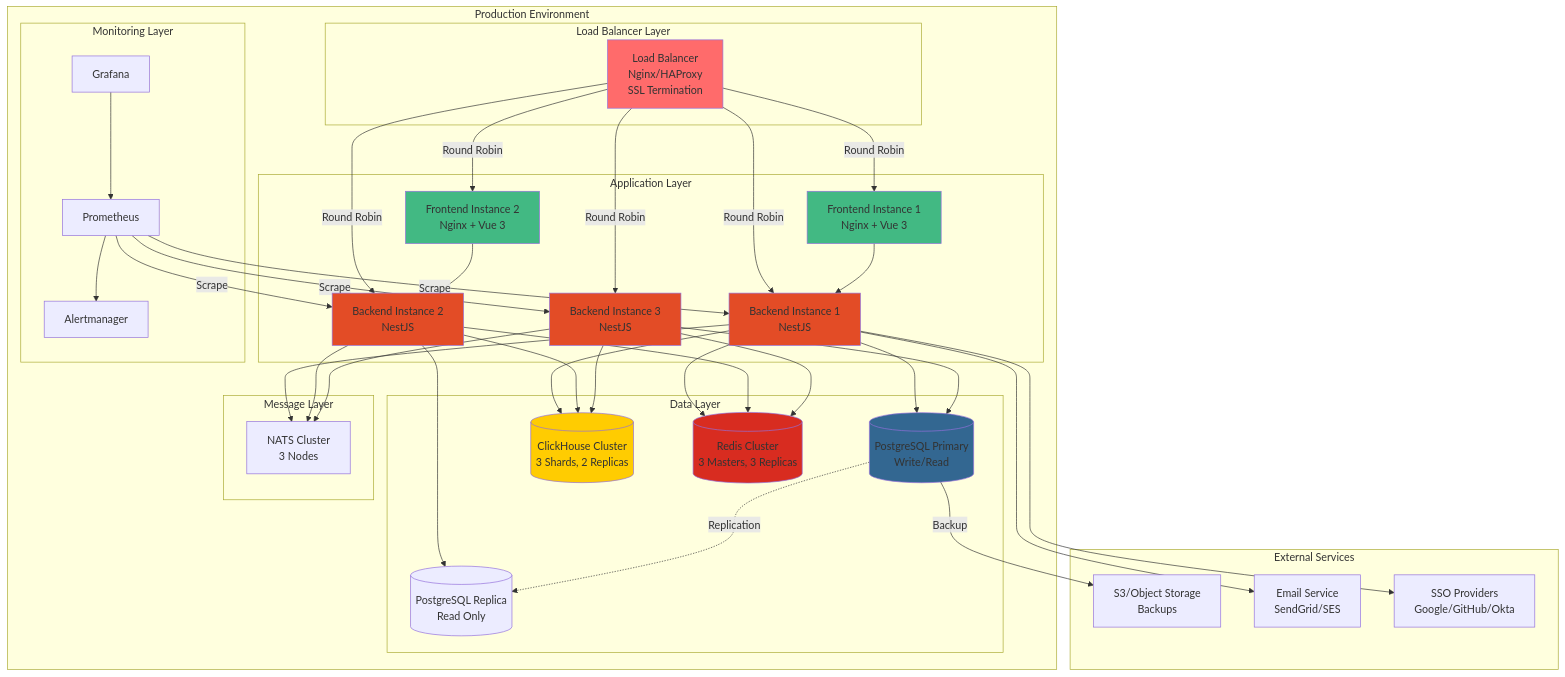
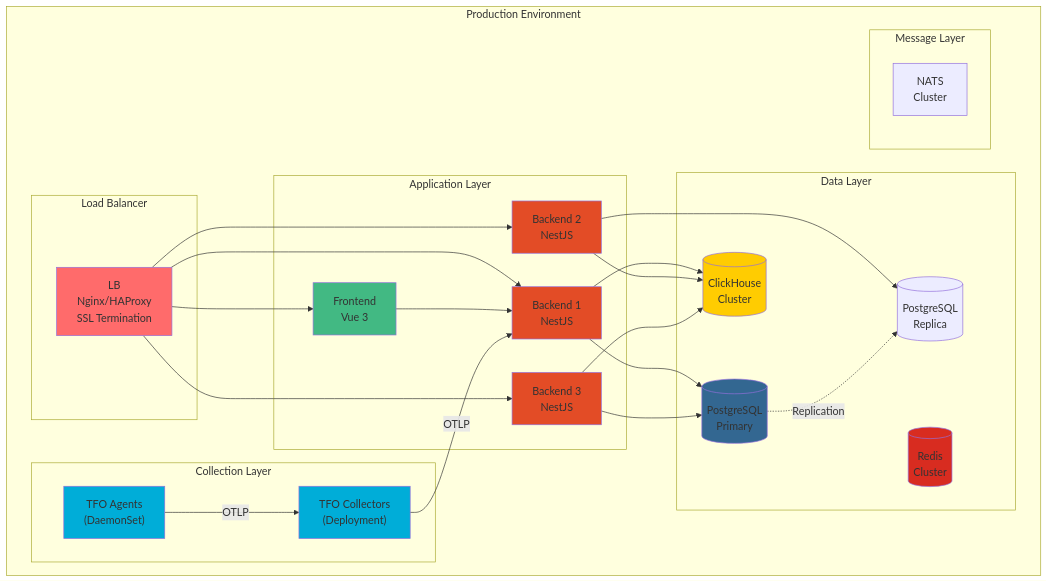
Before and after one commit to telemetryflow/telemetryflow-overview: diagram 11 of 12 in README.md, drawn with Mermaid. The commit also changed other lines of this file and 68 other files, not shown here.

````diff
--- a/README.md
+++ b/README.md
@@ -679,86 +693,57 @@
 ```mermaid
 graph TB
     subgraph "Production Environment"
-        subgraph "Load Balancer Layer"
-            LB[Load Balancer<br/>Nginx/HAProxy<br/>SSL Termination]
+        subgraph "Load Balancer"
+            LB[LB<br/>Nginx/HAProxy<br/>SSL Termination]
         end
 
         subgraph "Application Layer"
-            FE1[Frontend Instance 1<br/>Nginx + Vue 3]
-            FE2[Frontend Instance 2<br/>Nginx + Vue 3]
-            API1[Backend Instance 1<br/>NestJS]
-            API2[Backend Instance 2<br/>NestJS]
-            API3[Backend Instance 3<br/>NestJS]
+            FE1[Frontend<br/>Vue 3]
+            API1[Backend 1<br/>NestJS]
+            API2[Backend 2<br/>NestJS]
+            API3[Backend 3<br/>NestJS]
         end
 
         subgraph "Data Layer"
-            PG_PRIMARY[(PostgreSQL Primary<br/>Write/Read)]
-            PG_REPLICA[(PostgreSQL Replica<br/>Read Only)]
-            CH_CLUSTER[(ClickHouse Cluster<br/>3 Shards, 2 Replicas)]
-            REDIS_CLUSTER[(Redis Cluster<br/>3 Masters, 3 Replicas)]
+            PG_PRIMARY[(PostgreSQL<br/>Primary)]
+            PG_REPLICA[(PostgreSQL<br/>Replica)]
+            CH_CLUSTER[(ClickHouse<br/>Cluster)]
+            REDIS_CLUSTER[(Redis<br/>Cluster)]
+        end
+
+        subgraph "Collection Layer"
+            AGENTS["TFO Agents<br/>(DaemonSet)"]
+            COLLECTORS["TFO Collectors<br/>(Deployment)"]
         end
 
         subgraph "Message Layer"
-            NATS_CLUSTER[NATS Cluster<br/>3 Nodes]
-        end
-
-        subgraph "Monitoring Layer"
-            PROM[Prometheus]
-            GRAF[Grafana]
-            ALERT[Alertmanager]
+            NATS_CLUSTER[NATS<br/>Cluster]
         end
     end
 
-    subgraph "External Services"
-        S3[S3/Object Storage<br/>Backups]
-        EMAIL_SVC[Email Service<br/>SendGrid/SES]
-        SSO_SVC[SSO Providers<br/>Google/GitHub/Okta]
-    end
-
-    LB -->|Round Robin| FE1
-    LB -->|Round Robin| FE2
-    LB -->|Round Robin| API1
-    LB -->|Round Robin| API2
-    LB -->|Round Robin| API3
-
+    LB --> FE1
+    LB --> API1
+    LB --> API2
+    LB --> API3
     FE1 --> API1
-    FE2 --> API2
-
     API1 --> PG_PRIMARY
     API2 --> PG_REPLICA
     API3 --> PG_PRIMARY
-
+    PG_PRIMARY -.->|Replication| PG_REPLICA
     API1 --> CH_CLUSTER
     API2 --> CH_CLUSTER
     API3 --> CH_CLUSTER
-
-    API1 --> REDIS_CLUSTER
-    API2 --> REDIS_CLUSTER
-    API3 --> REDIS_CLUSTER
-
-    API1 --> NATS_CLUSTER
-    API2 --> NATS_CLUSTER
-    API3 --> NATS_CLUSTER
-
-    PG_PRIMARY -.->|Replication| PG_REPLICA
-    PG_PRIMARY -->|Backup| S3
-
-    API1 --> EMAIL_SVC
-    API1 --> SSO_SVC
-
-    PROM -->|Scrape| API1
-    PROM -->|Scrape| API2
-    PROM -->|Scrape| API3
-    GRAF --> PROM
-    PROM --> ALERT
+    AGENTS -->|"OTLP"| COLLECTORS
+    COLLECTORS -->|"OTLP"| API1
 
     style LB fill:#FF6B6B
     style FE1 fill:#42b983
-    style FE2 fill:#42b983
     style API1 fill:#e34c26
     style API2 fill:#e34c26
     style API3 fill:#e34c26
     style PG_PRIMARY fill:#336791
     style CH_CLUSTER fill:#ffcc01
     style REDIS_CLUSTER fill:#d82c20
+    style AGENTS fill:#00add8
+    style COLLECTORS fill:#00add8
 ```
````
